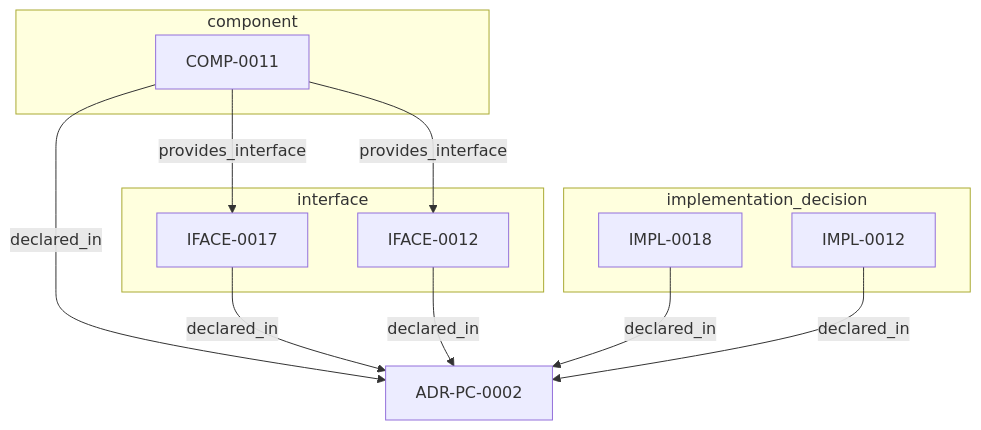
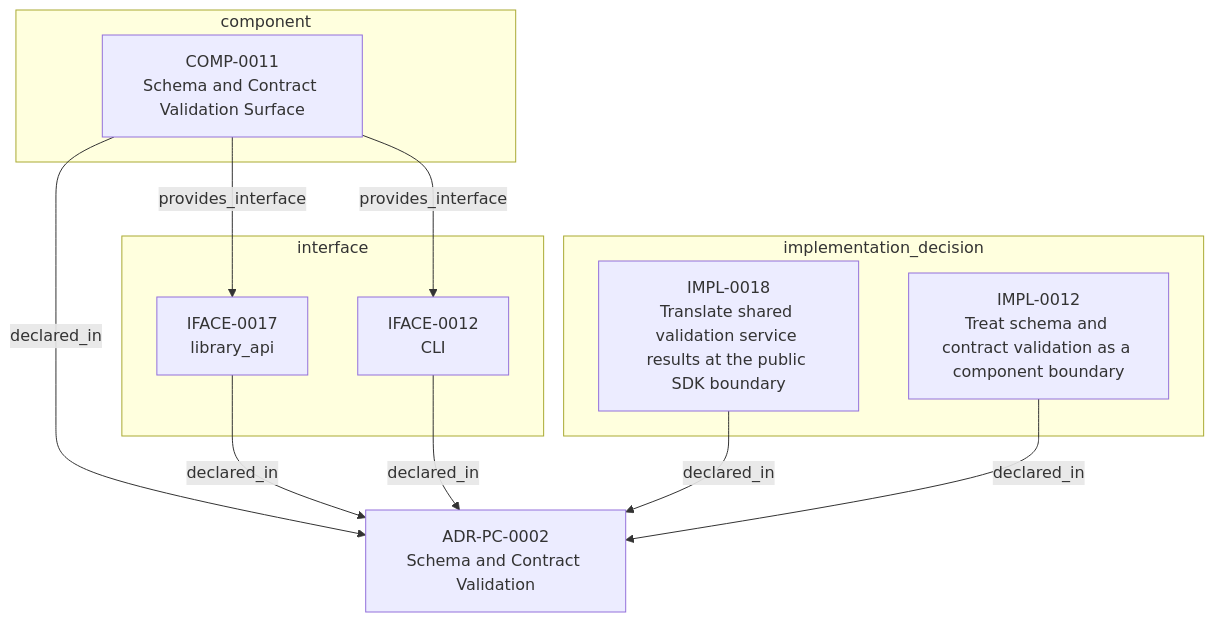
One commit to egallmann/adr-architecture-kit changed the third of 3 diagrams in adrs/adr-projection/physical-component/ADR-PC-0002-schema-and-contract-validation.md. Above: the diagram before and after it, drawn with Mermaid. The commit also changed other lines of this file and 35 other files, not shown here.

````diff
--- a/adrs/adr-projection/physical-component/ADR-PC-0002-schema-and-contract-validation.md
+++ b/adrs/adr-projection/physical-component/ADR-PC-0002-schema-and-contract-validation.md
@@ -141,22 +222,22 @@
 ```mermaid
 flowchart TB
-  n_019fee89_e617_7d2b_8325_cd85ff814477["ADR-PC-0002"]
+  n_019fee89_e617_7d2b_8325_cd85ff814477["ADR-PC-0002<br/>Schema and Contract Validation"]
   subgraph sg_component["component"]
-    n_019fee89_e617_7060_8f3f_4ecd46a719da["COMP-0011"]
+    n_019fee89_e617_7060_8f3f_4ecd46a719da["COMP-0011<br/>Schema and Contract Validation Surface"]
   end
   subgraph sg_interface["interface"]
-    n_019fee89_e617_78b8_852f_9b2c984f9300["IFACE-0012"]
-    n_019fee89_e617_74dd_a62f_5ce1a1994d18["IFACE-0017"]
+    n_019fee89_e617_78b8_852f_9b2c984f9300["IFACE-0012<br/>CLI"]
+    n_019fee89_e617_74dd_a62f_5ce1a1994d18["IFACE-0017<br/>library_api"]
   end
   subgraph sg_implementation_decision["implementation_decision"]
-    n_019fee89_e617_7fce_8823_fdf2ce5b321f["IMPL-0012"]
-    n_019fee89_e617_7dfd_8e36_f98344f19758["IMPL-0018"]
+    n_019fee89_e617_7fce_8823_fdf2ce5b321f["IMPL-0012<br/>Treat schema and contract validation as a component boundary"]
+    n_019fee89_e617_7dfd_8e36_f98344f19758["IMPL-0018<br/>Translate shared validation service results at the public SDK boundary"]
   end
   n_019fee89_e617_7060_8f3f_4ecd46a719da -->|"declared_in"| n_019fee89_e617_7d2b_8325_cd85ff814477
   n_019fee89_e617_74dd_a62f_5ce1a1994d18 -->|"declared_in"| n_019fee89_e617_7d2b_8325_cd85ff814477
   n_019fee89_e617_78b8_852f_9b2c984f9300 -->|"declared_in"| n_019fee89_e617_7d2b_8325_cd85ff814477
   n_019fee89_e617_7dfd_8e36_f98344f19758 -->|"declared_in"| n_019fee89_e617_7d2b_8325_cd85ff814477
   n_019fee89_e617_7fce_8823_fdf2ce5b321f -->|"declared_in"| n_019fee89_e617_7d2b_8325_cd85ff814477
   n_019fee89_e617_7060_8f3f_4ecd46a719da -->|"provides_interface"| n_019fee89_e617_74dd_a62f_5ce1a1994d18
   n_019fee89_e617_7060_8f3f_4ecd46a719da -->|"provides_interface"| n_019fee89_e617_78b8_852f_9b2c984f9300
 ```
````
